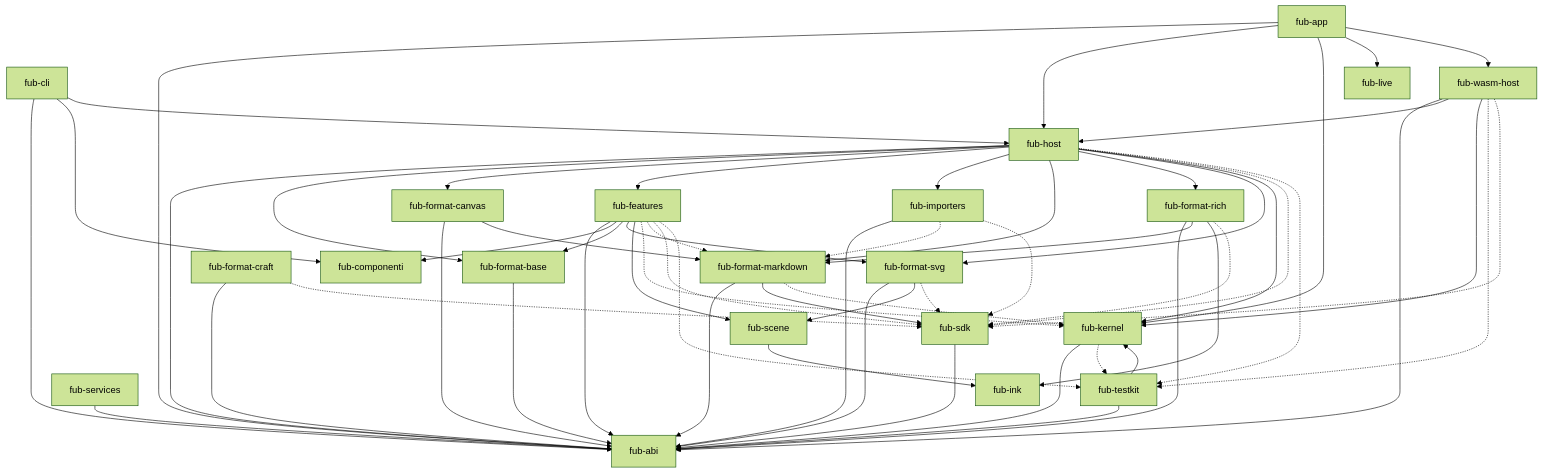
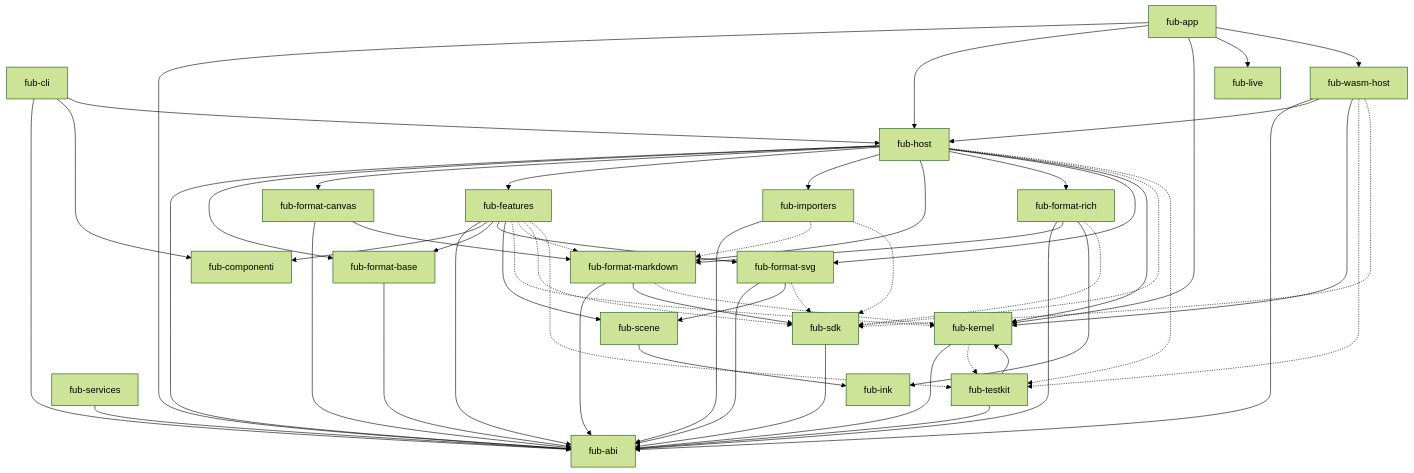
The first of 5 diagrams in docs/architecture/overview.md (Fubeo/Fub), drawn with Mermaid (forest theme) before and after one commit. The commit also changed other lines of this file, not shown here.

Commit message:
docs(architettura): fub-format-craft in un blocco suo del grafo delle dipendenze

````diff
--- a/docs/architecture/overview.md
+++ b/docs/architecture/overview.md
@@ -38,7 +38,6 @@
     base["fub-format-base"]
     canvas["fub-format-canvas"]
     svg["fub-format-svg"]
-    craft["fub-format-craft"]
     scene["fub-scene"]
     ink["fub-ink"]
     componenti["fub-componenti"]
@@ -87,7 +86,6 @@
     markdown --> sdk
     svg --> abi
     svg --> scene
-    craft --> abi
     scene --> ink
     wasmhost --> abi
     wasmhost --> host
@@ -110,6 +108,5 @@
     importers -.-> markdown
     importers -.-> sdk
     svg -.-> sdk
-    craft -.-> sdk
     rich -.-> sdk
 ```
````
